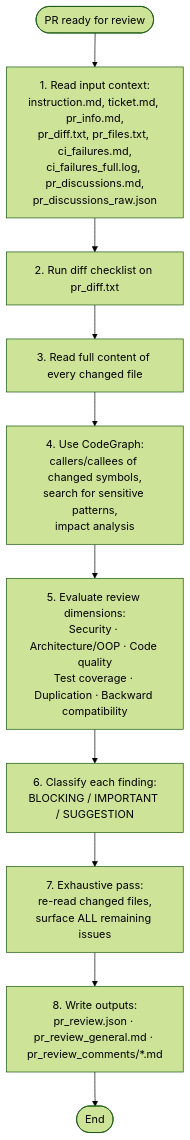
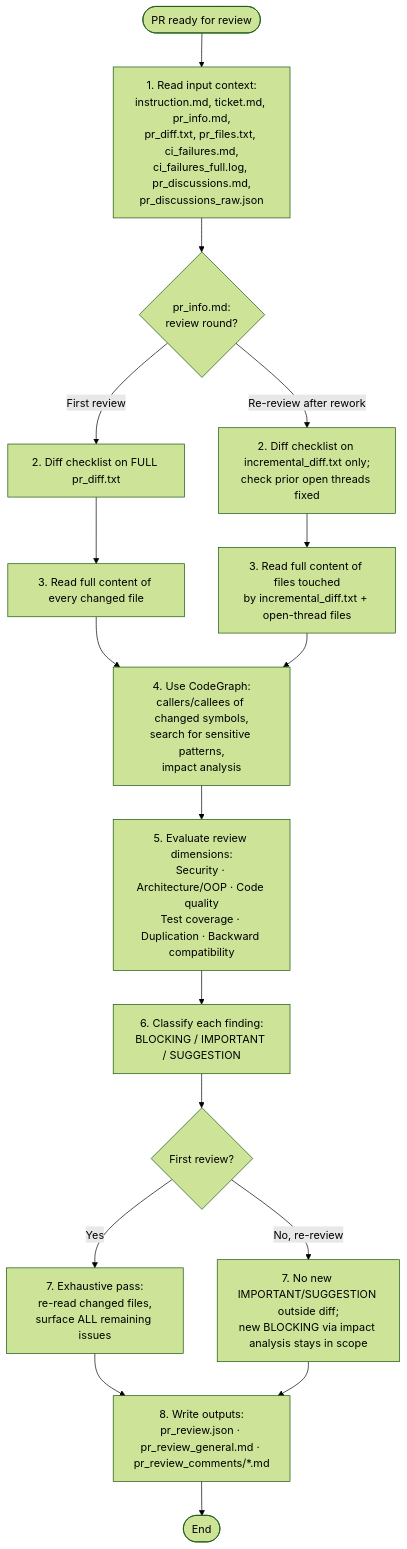
Before and after one commit to kejno/bonapp: the first of 2 diagrams in .dmtools/agents/instructions/pr_review/general_guidelines.md, drawn with Mermaid (forest theme). The commit also changed other lines of this file and 3 other files, not shown here.

First line of the commit message:
fix(dmtools): scope pr_review re-review rounds to changed code only

````diff
--- a/.dmtools/agents/instructions/pr_review/general_guidelines.md
+++ b/.dmtools/agents/instructions/pr_review/general_guidelines.md
@@ -5,12 +5,19 @@
 ```mermaid
 flowchart TD
     START([PR ready for review]) --> READ["1. Read input context:<br/>instruction.md, ticket.md, pr_info.md,<br/>pr_diff.txt, pr_files.txt, ci_failures.md,<br/>ci_failures_full.log, pr_discussions.md,<br/>pr_discussions_raw.json"]
-    READ --> DIFF["2. Run diff checklist on pr_diff.txt"]
+    READ --> ROUND{"pr_info.md:<br/>review round?"}
+    ROUND -->|First review| DIFF["2. Diff checklist on FULL pr_diff.txt"]
+    ROUND -->|Re-review after rework| INCDIFF["2. Diff checklist on incremental_diff.txt only;<br/>check prior open threads fixed"]
     DIFF --> FILES["3. Read full content of every changed file"]
+    INCDIFF --> FILES2["3. Read full content of files touched<br/>by incremental_diff.txt + open-thread files"]
     FILES --> CODEGRAPH["4. Use CodeGraph:<br/>callers/callees of changed symbols,<br/>search for sensitive patterns,<br/>impact analysis"]
+    FILES2 --> CODEGRAPH
     CODEGRAPH --> DIMS["5. Evaluate review dimensions:<br/>Security · Architecture/OOP · Code quality<br/>Test coverage · Duplication · Backward compatibility"]
     DIMS --> SEVERITY["6. Classify each finding:<br/>BLOCKING / IMPORTANT / SUGGESTION"]
-    SEVERITY --> EXHAUST["7. Exhaustive pass:<br/>re-read changed files,<br/>surface ALL remaining issues"]
+    SEVERITY --> SCOPE{"First review?"}
+    SCOPE -->|Yes| EXHAUST["7. Exhaustive pass:<br/>re-read changed files,<br/>surface ALL remaining issues"]
+    SCOPE -->|No, re-review| NOSCOPE["7. No new IMPORTANT/SUGGESTION outside diff;<br/>new BLOCKING via impact analysis stays in scope"]
     EXHAUST --> OUTPUT["8. Write outputs:<br/>pr_review.json · pr_review_general.md · pr_review_comments/*.md"]
+    NOSCOPE --> OUTPUT
     OUTPUT --> END([End])
 ```
````
